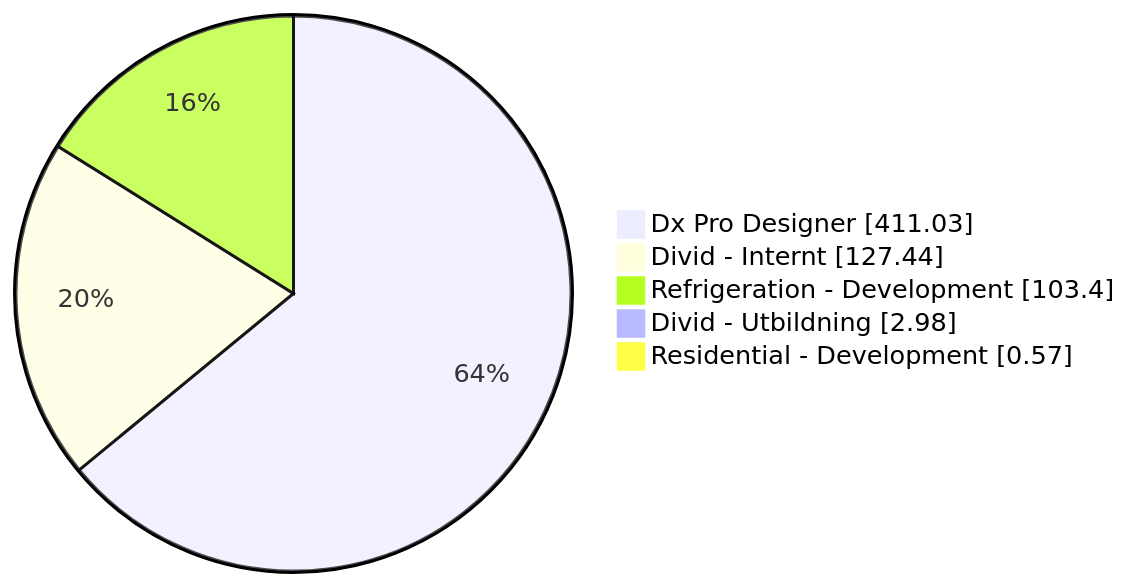
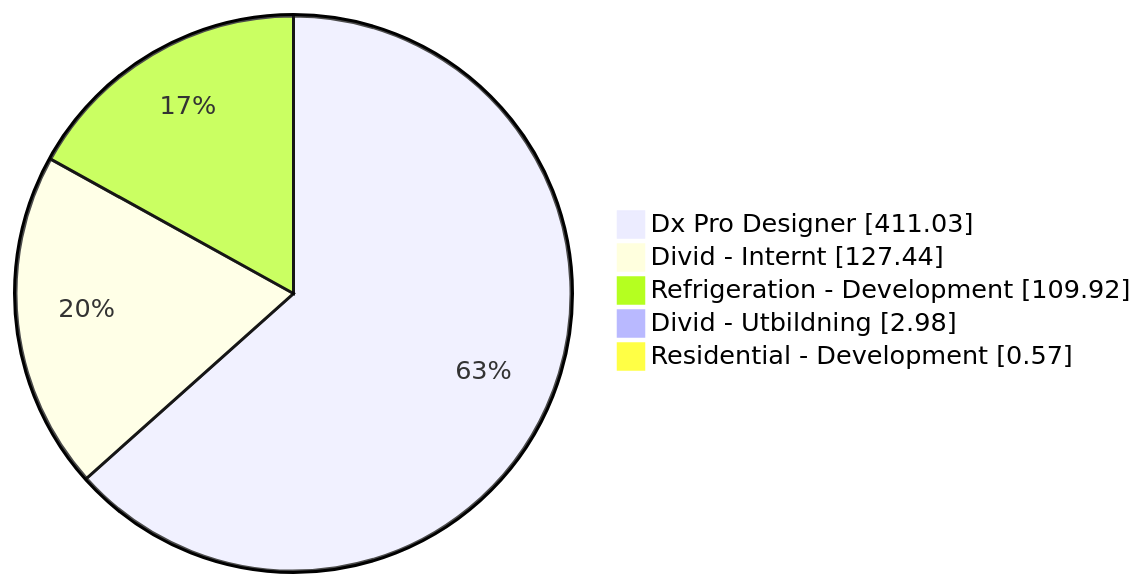
One commit to albinforsberg-netizen/timeclock changed the first of 5 diagrams in README.org. Above: the diagram before and after it, drawn with Mermaid. The commit also changed other lines of this file, not shown here.

```diff
--- a/README.org
+++ b/README.org
@@ -32,8 +32,8 @@
 #+begin_src mermaid
 pie showData
     "Dx Pro Designer" : 411.03
     "Divid - Internt" : 127.44
-    "Refrigeration - Development" : 103.40
+    "Refrigeration - Development" : 109.92
     "Divid - Utbildning" : 2.98
     "Residential - Development" : 0.57
 #+end_src
```
